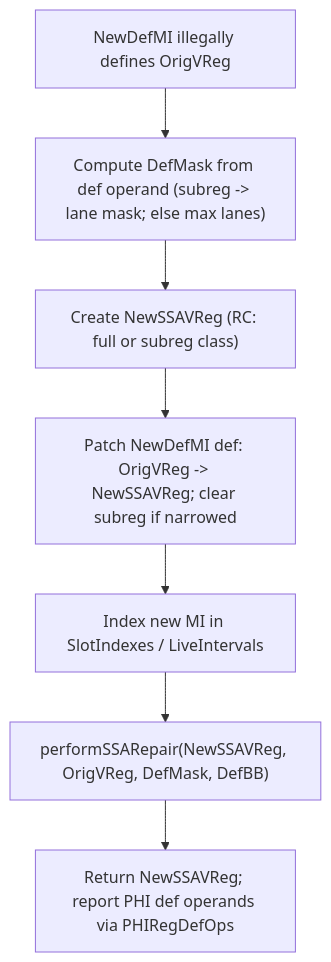
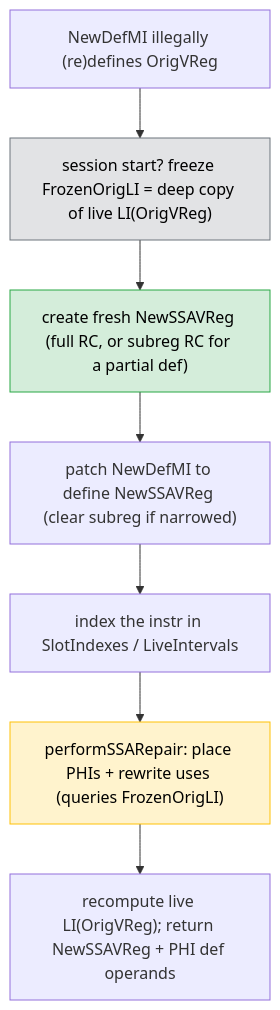
One commit to alex-t/ssa-spiller-docs changed the first of 2 diagrams in SSARA/04-Design/MachineLaneSSAUpdater.md. Above: the diagram before and after it, drawn with Mermaid. The commit also changed other lines of this file and 41 other files, not shown here.

````diff
--- a/SSARA/04-Design/MachineLaneSSAUpdater.md
+++ b/SSARA/04-Design/MachineLaneSSAUpdater.md
@@ -59,9 +75,13 @@
 ```mermaid
 flowchart TD
-  A["NewDefMI illegally defines OrigVReg"] --> B["Compute DefMask from def operand (subreg -> lane mask; else max lanes)"]
-  B --> C["Create NewSSAVReg (RC: full or subreg class)"]
-  C --> D["Patch NewDefMI def: OrigVReg -> NewSSAVReg; clear subreg if narrowed"]
-  D --> E["Index new MI in SlotIndexes / LiveIntervals"]
-  E --> F["performSSARepair(NewSSAVReg, OrigVReg, DefMask, DefBB)"]
-  F --> G["Return NewSSAVReg; report PHI def operands via PHIRegDefOps"]
+    A["NewDefMI illegally (re)defines OrigVReg"] --> B["session start? freeze FrozenOrigLI = deep copy of live LI(OrigVReg)"]
+    B --> C["create fresh NewSSAVReg (full RC, or subreg RC for a partial def)"]
+    C --> D["patch NewDefMI to define NewSSAVReg (clear subreg if narrowed)"]
+    D --> E["index the instr in SlotIndexes / LiveIntervals"]
+    E --> F["performSSARepair: place PHIs + rewrite uses (queries FrozenOrigLI)"]
+    F --> G["recompute live LI(OrigVReg); return NewSSAVReg + PHI def operands"]
+
+    style B fill:#e2e3e5,stroke:#6c757d,color:#000
+    style F fill:#fff3cd,stroke:#ffc107,color:#000
+    style C fill:#d4edda,stroke:#28a745,color:#000
 ```
````
